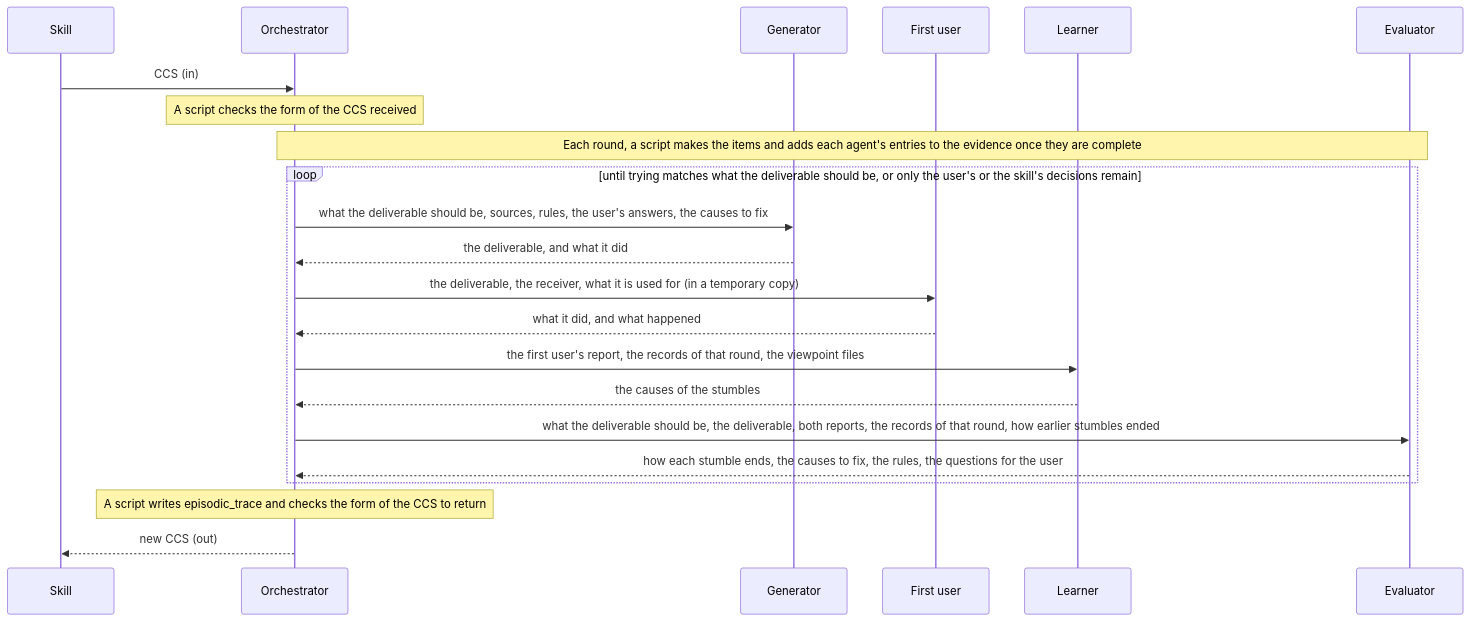
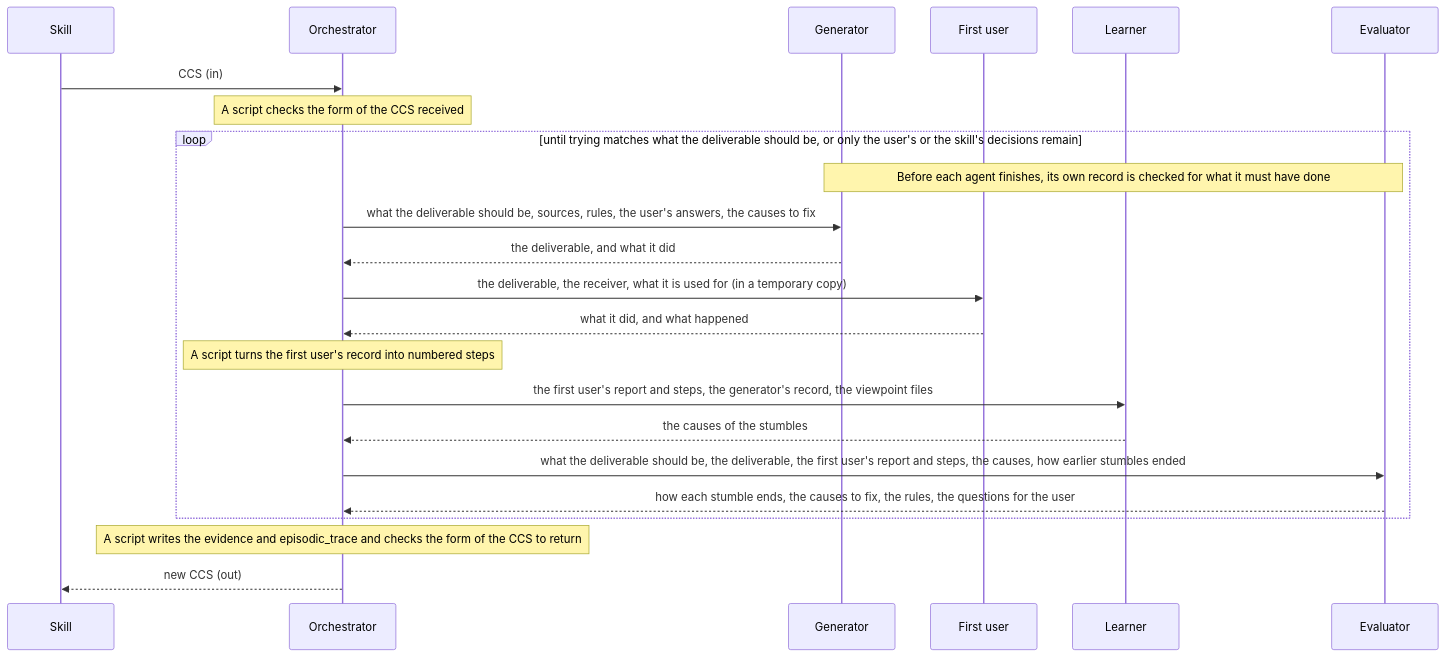
The diagram in dev/turn/design.md (lovaizu/ccpm), drawn with Mermaid before and after one commit. The commit also changed other lines of this file and 2 other files, not shown here.

First line of the commit message:
turn design: each agent's own record is checked by a hook before it finishes, instead of entries for every item

````diff
--- a/dev/turn/design.md
+++ b/dev/turn/design.md
@@ -39,24 +39,25 @@
 ```mermaid
 sequenceDiagram
   participant S as Skill
   participant O as Orchestrator
   participant G as Generator
   participant U as First user
   participant L as Learner
   participant E as Evaluator
   S->>O: CCS (in)
   Note over O: A script checks the form of the CCS received
-  Note over O,E: Each round, a script makes the items and adds each agent's entries to the evidence once they are complete
   loop until trying matches what the deliverable should be, or only the user's or the skill's decisions remain
+    Note over G,E: Before each agent finishes, its own record is checked for what it must have done
     O->>G: what the deliverable should be, sources, rules, the user's answers, the causes to fix
     G-->>O: the deliverable, and what it did
     O->>U: the deliverable, the receiver, what it is used for (in a temporary copy)
     U-->>O: what it did, and what happened
-    O->>L: the first user's report, the records of that round, the viewpoint files
+    Note over O: A script turns the first user's record into numbered steps
+    O->>L: the first user's report and steps, the generator's record, the viewpoint files
     L-->>O: the causes of the stumbles
-    O->>E: what the deliverable should be, the deliverable, both reports, the records of that round, how earlier stumbles ended
+    O->>E: what the deliverable should be, the deliverable, the first user's report and steps, the causes, how earlier stumbles ended
     E-->>O: how each stumble ends, the causes to fix, the rules, the questions for the user
   end
-  Note over O: A script writes episodic_trace and checks the form of the CCS to return
+  Note over O: A script writes the evidence and episodic_trace and checks the form of the CCS to return
   O-->>S: new CCS (out)
 ```
````
